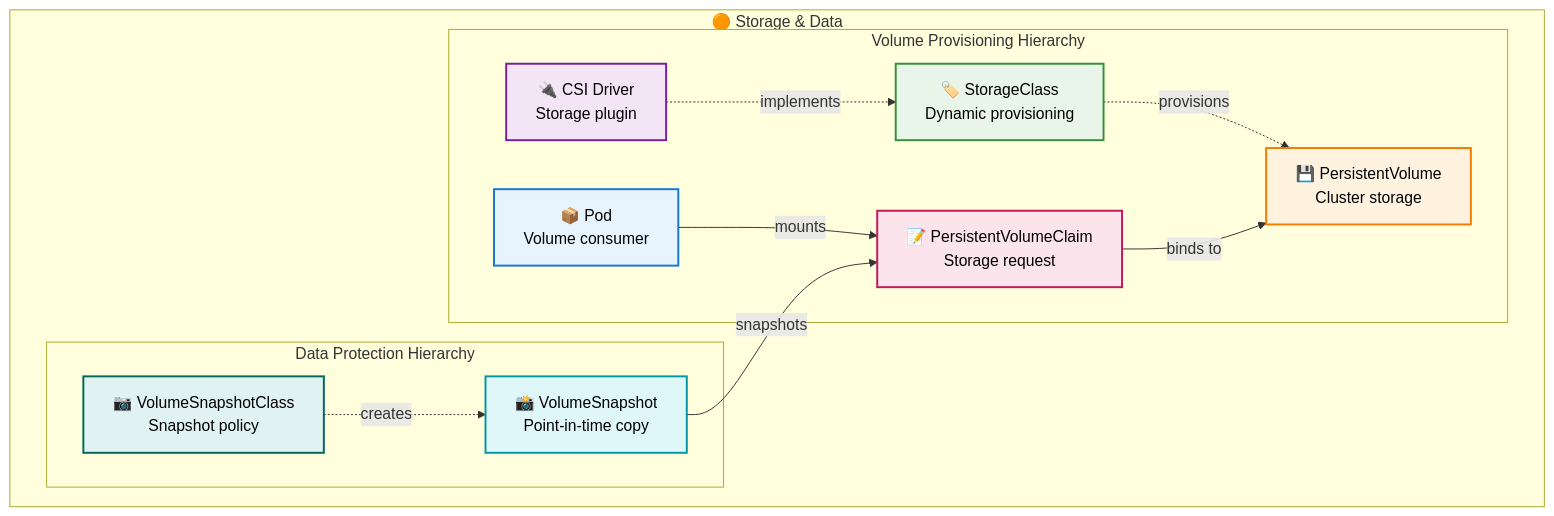
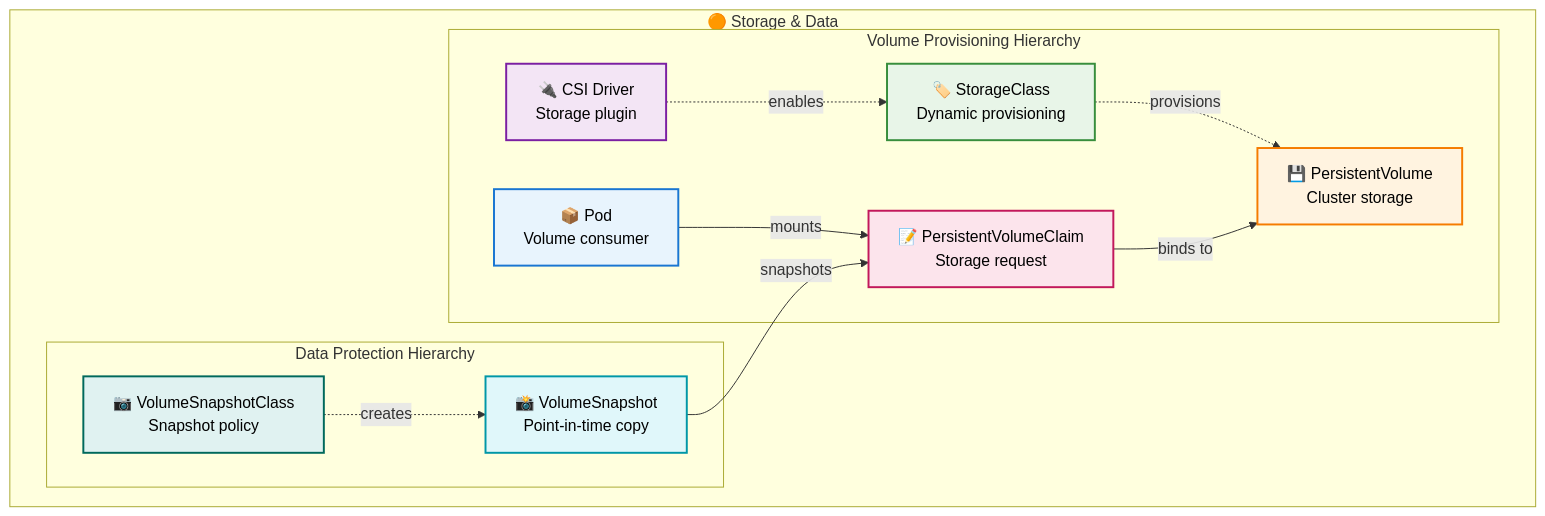
The fourth of 8 diagrams in 1.4_distributed_systems/kubernetes_developer_guide.md (razkevich/system_design_course), drawn with Mermaid before and after one commit. The commit also changed other lines of this file, not shown here.

````diff
--- a/1.4_distributed_systems/kubernetes_developer_guide.md
+++ b/1.4_distributed_systems/kubernetes_developer_guide.md
@@ -136,34 +132,34 @@
 ```mermaid
 flowchart TD
     subgraph "🟠 Storage & Data"
         
         subgraph "Volume Provisioning Hierarchy"
             StorageClass["🏷️ StorageClass<br/>Dynamic provisioning"]
             CSI["🔌 CSI Driver<br/>Storage plugin"]
             PV["💾 PersistentVolume<br/>Cluster storage"]
             PVC["📝 PersistentVolumeClaim<br/>Storage request"]
             StoragePod["📦 Pod<br/>Volume consumer"]
             
             StorageClass -.->|"provisions"| PV
-            CSI -.->|"implements"| StorageClass
+            CSI -.->|"enables"| StorageClass
             PVC -->|"binds to"| PV
             StoragePod -->|"mounts"| PVC
         end
         
         subgraph "Data Protection Hierarchy"
             VolumeSnapshotClass["📷 VolumeSnapshotClass<br/>Snapshot policy"]
             VolumeSnapshot["📸 VolumeSnapshot<br/>Point-in-time copy"]
             
             VolumeSnapshotClass -.->|"creates"| VolumeSnapshot
             VolumeSnapshot -->|"snapshots"| PVC
         end
     end
     
     style StoragePod fill:#e8f4fd,stroke:#1976d2,stroke-width:2px,color:#000
     style PV fill:#fff3e0,stroke:#f57c00,stroke-width:2px,color:#000
     style PVC fill:#fce4ec,stroke:#c2185b,stroke-width:2px,color:#000
     style StorageClass fill:#e8f5e8,stroke:#388e3c,stroke-width:2px,color:#000
     style CSI fill:#f3e5f5,stroke:#7b1fa2,stroke-width:2px,color:#000
     style VolumeSnapshotClass fill:#e0f2f1,stroke:#00695c,stroke-width:2px,color:#000
     style VolumeSnapshot fill:#e0f7fa,stroke:#0097a7,stroke-width:2px,color:#000
 ```
````
